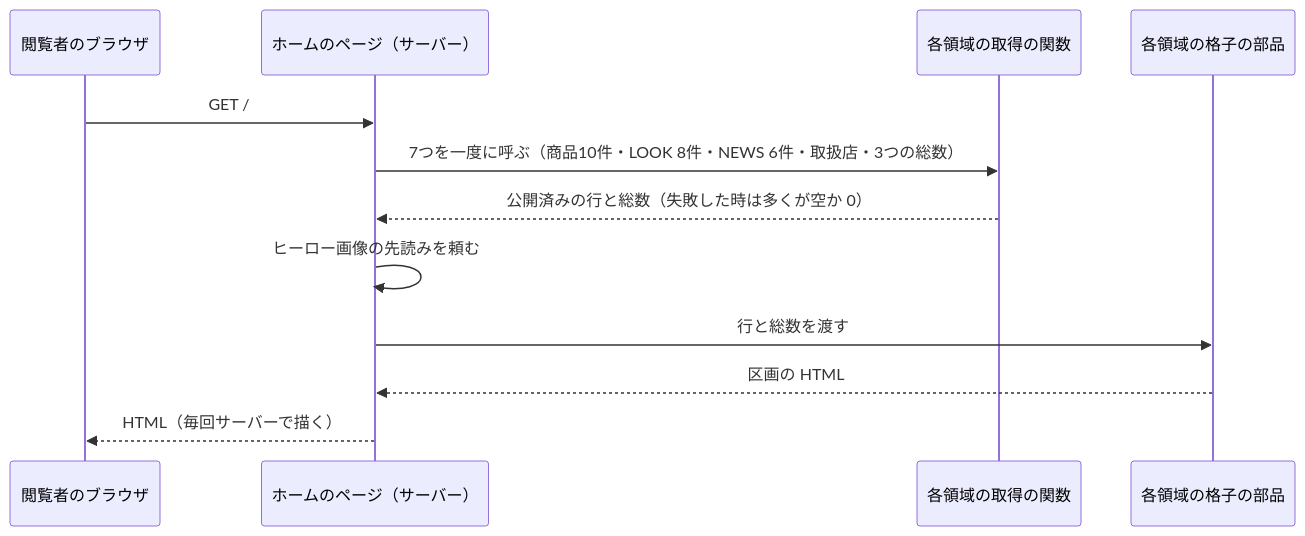
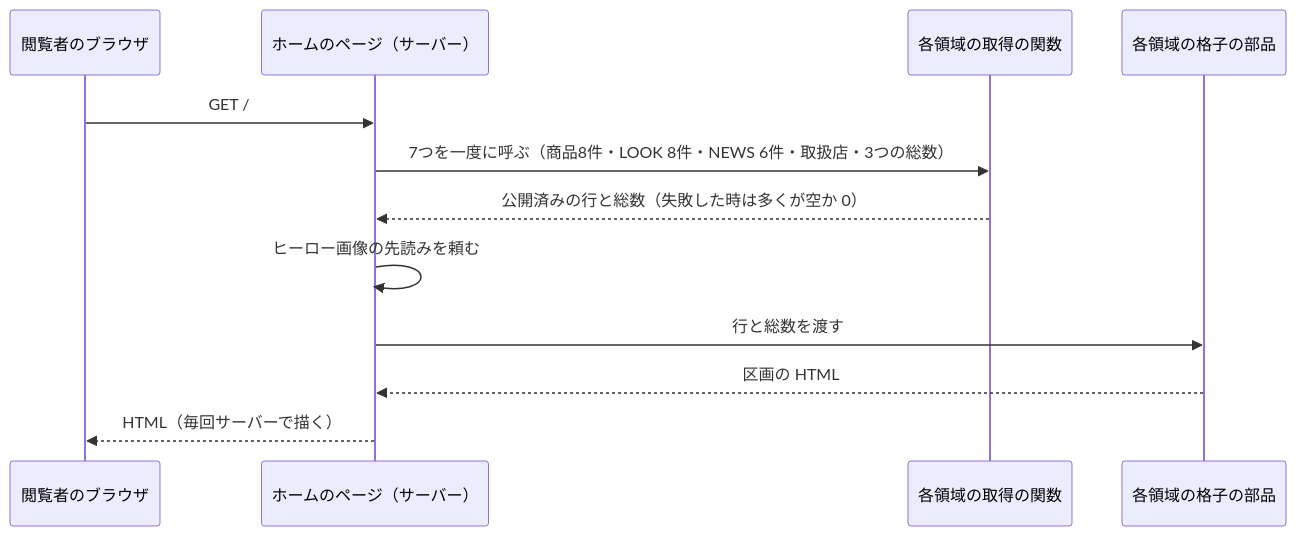
One commit to ChocoWork/o_official changed the second of 4 diagrams in docs/03_BasicDesign/areas/home.md. Above: the diagram before and after it, drawn with Mermaid. The commit also changed other lines of this file and 177 other files, not shown here.

````diff
--- a/docs/03_BasicDesign/areas/home.md
+++ b/docs/03_BasicDesign/areas/home.md
@@ -108,14 +108,14 @@
 ```mermaid
 sequenceDiagram
   participant B as 閲覧者のブラウザ
   participant H as ホームのページ（サーバー）
   participant F as 各領域の取得の関数
   participant G as 各領域の格子の部品
   B->>H: GET /
-  H->>F: 7つを一度に呼ぶ（商品10件・LOOK 8件・NEWS 6件・取扱店・3つの総数）
+  H->>F: 7つを一度に呼ぶ（商品8件・LOOK 8件・NEWS 6件・取扱店・3つの総数）
   F-->>H: 公開済みの行と総数（失敗した時は多くが空か 0）
   H->>H: ヒーロー画像の先読みを頼む
   H->>G: 行と総数を渡す
   G-->>H: 区画の HTML
   H-->>B: HTML（毎回サーバーで描く）
 ```
````
